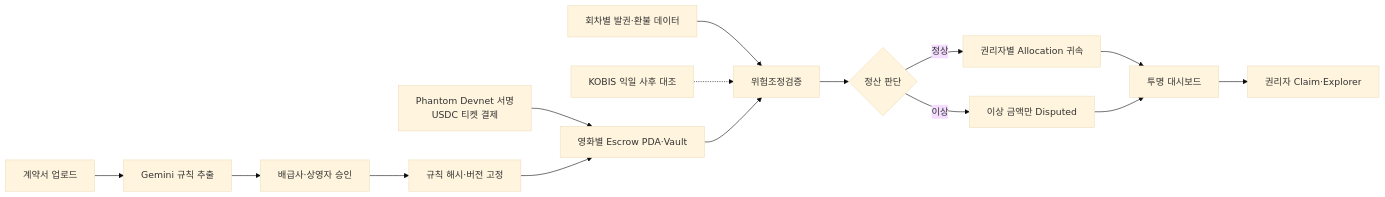
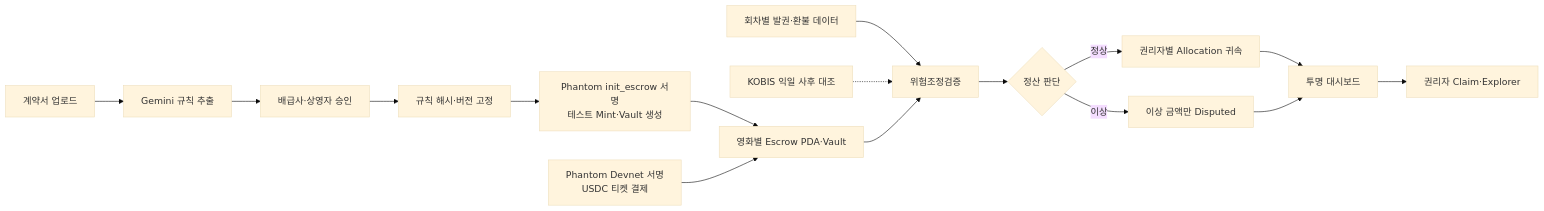
The first of 2 diagrams in README.md (chaincrew-kr/blockchain-hackathon), drawn with Mermaid (base theme) before and after one commit. The commit also changed other lines of this file, not shown here.

Commit message:
docs: update README for live escrow onboarding

````diff
--- a/README.md
+++ b/README.md
@@ -160,17 +164,18 @@
 ```mermaid
 flowchart LR
   Contract["계약서 업로드"] --> Gemini["Gemini 규칙 추출"]
   Gemini --> Approval["배급사·상영자 승인"]
   Approval --> Rule["규칙 해시·버전 고정"]
-  Payment["Phantom Devnet 서명<br/>USDC 티켓 결제"] --> Escrow["영화별 Escrow PDA·Vault"]
-  Rule --> Escrow
+  Rule --> Init["Phantom init_escrow 서명<br/>테스트 Mint·Vault 생성"]
+  Init --> Escrow["영화별 Escrow PDA·Vault"]
+  Payment["Phantom Devnet 서명<br/>USDC 티켓 결제"] --> Escrow
   Batch["회차별 발권·환불 데이터"] --> Risk["위험조정검증"]
   KOBIS["KOBIS 익일 사후 대조"] -.-> Risk
   Escrow --> Risk["위험조정검증"]
   Risk --> Judge{"정산 판단"}
   Judge -->|정상| Settle["권리자별 Allocation 귀속"]
   Judge -->|이상| Hold["이상 금액만 Disputed"]
   Settle --> Dashboard["투명 대시보드"]
   Hold --> Dashboard
   Dashboard --> Claim["권리자 Claim·Explorer"]
 ```
````
